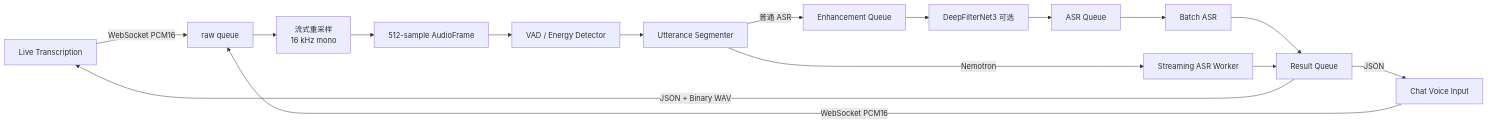
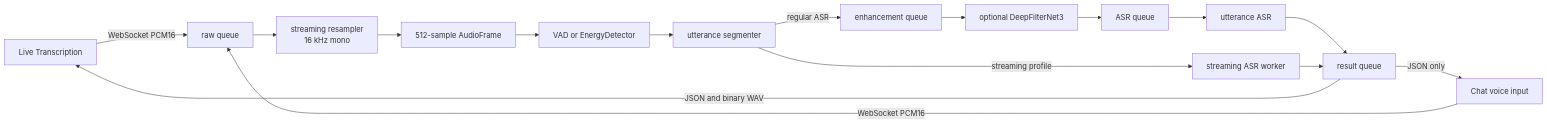
Before and after one commit to devilyouwei/hugging-mac: the first of 6 diagrams in apps/web/backend/src/hugging_mac_web/live_transcription/README.md, drawn with Mermaid. The commit also changed other lines of this file and 93 other files, not shown here.

````diff
--- a/apps/web/backend/src/hugging_mac_web/live_transcription/README.md
+++ b/apps/web/backend/src/hugging_mac_web/live_transcription/README.md
@@ -16,18 +25,18 @@
 ```mermaid
 flowchart LR
     LT[Live Transcription] -->|WebSocket PCM16| RQ[raw queue]
-    CH[Chat Voice Input] -->|WebSocket PCM16| RQ
-    RQ --> RS[流式重采样<br/>16 kHz mono]
+    CH[Chat voice input] -->|WebSocket PCM16| RQ
+    RQ --> RS[streaming resampler<br/>16 kHz mono]
     RS --> AF[512-sample AudioFrame]
-    AF --> VD[VAD / Energy Detector]
-    VD --> SG[Utterance Segmenter]
-    SG -->|普通 ASR| EQ[Enhancement Queue]
-    EQ --> DF[DeepFilterNet3 可选]
-    DF --> AQ[ASR Queue]
-    AQ --> ASR[Batch ASR]
-    SG -->|Nemotron| NS[Streaming ASR Worker]
-    ASR --> OQ[Result Queue]
+    AF --> VD[VAD or EnergyDetector]
+    VD --> SG[utterance segmenter]
+    SG -->|regular ASR| EQ[enhancement queue]
+    EQ --> DF[optional DeepFilterNet3]
+    DF --> AQ[ASR queue]
+    AQ --> ASR[utterance ASR]
+    SG -->|streaming profile| NS[streaming ASR worker]
+    ASR --> OQ[result queue]
     NS --> OQ
-    OQ -->|JSON + Binary WAV| LT
-    OQ -->|JSON| CH
+    OQ -->|JSON and binary WAV| LT
+    OQ -->|JSON only| CH
 ```
````
